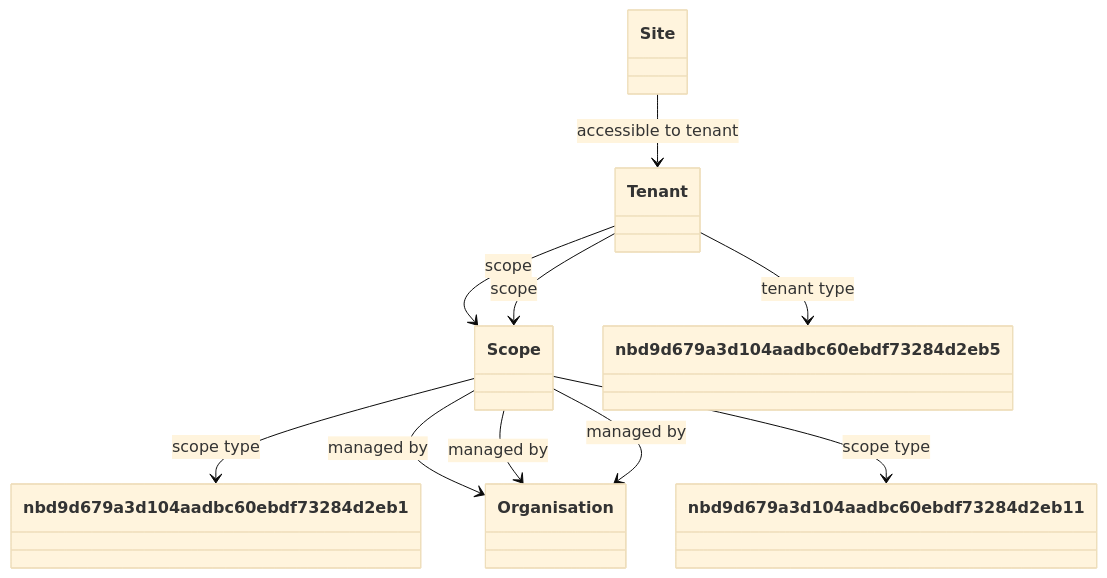
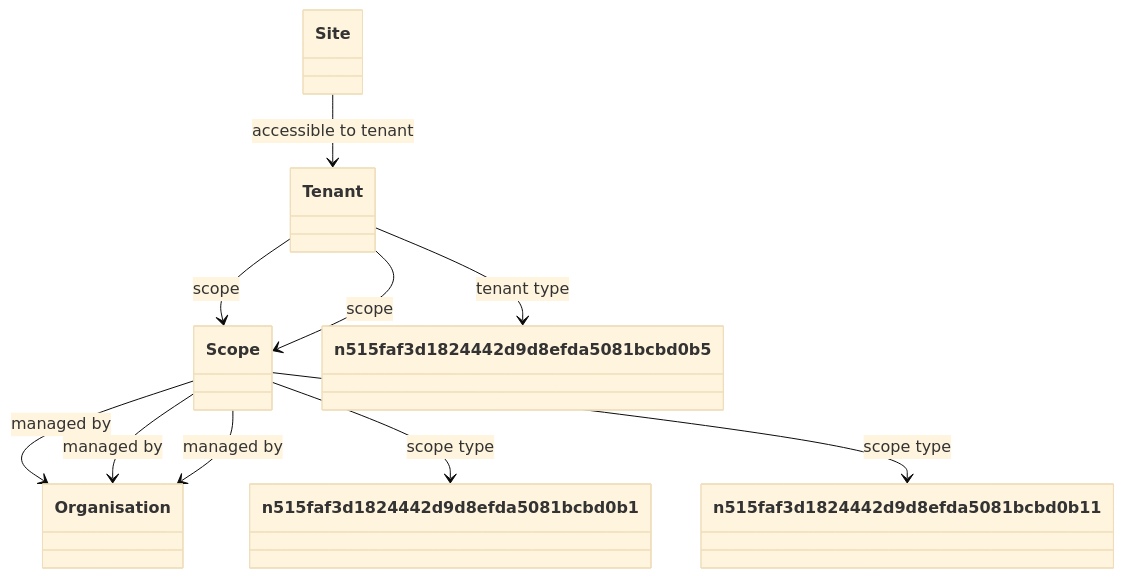
Before and after one commit to oeg-upm/Devos: the diagram in output/ieswc_freq/organisation.ttl-freq-7-0-hard.md, drawn with Mermaid (base theme). The commit also changed 267 other files, not shown here.

````diff
--- a/output/ieswc_freq/organisation.ttl-freq-7-0-hard.md
+++ b/output/ieswc_freq/organisation.ttl-freq-7-0-hard.md
@@ -1,53 +1,53 @@
 ```mermaid
 	classDiagram
 
     
     class `Scope` {
     
     }
 
     class `Tenant` {
     
     }
 
     class `Site` {
     
     }
 
     class `Organisation` {
     
     }
 
-    class `nbd9d679a3d104aadbc60ebdf73284d2eb1` {
+    class `n515faf3d1824442d9d8efda5081bcbd0b1` {
     
     }
 
-    class `nbd9d679a3d104aadbc60ebdf73284d2eb5` {
+    class `n515faf3d1824442d9d8efda5081bcbd0b5` {
     
     }
 
-    class `nbd9d679a3d104aadbc60ebdf73284d2eb11` {
+    class `n515faf3d1824442d9d8efda5081bcbd0b11` {
     
     }
 
 
 
+`Tenant`  --> `n515faf3d1824442d9d8efda5081bcbd0b5`   :tenant type  
+
 `Site`  --> `Tenant`   :accessible to tenant  
-
-`Scope`  --> `nbd9d679a3d104aadbc60ebdf73284d2eb1`   :scope type  
-
-`Tenant`  --> `nbd9d679a3d104aadbc60ebdf73284d2eb5`   :tenant type  
 
 `Scope`  --> `Organisation`   :managed by  
 
-`Tenant`  --> `Scope`   :scope  
+`Scope`  --> `n515faf3d1824442d9d8efda5081bcbd0b1`   :scope type  
 
 `Tenant`  --> `Scope`   :scope  
-
-`Scope`  --> `nbd9d679a3d104aadbc60ebdf73284d2eb11`   :scope type  
 
 `Scope`  --> `Organisation`   :managed by  
 
 `Scope`  --> `Organisation`   :managed by  
 
+`Scope`  --> `n515faf3d1824442d9d8efda5081bcbd0b11`   :scope type  
+
+`Tenant`  --> `Scope`   :scope  
+
 ```
````
